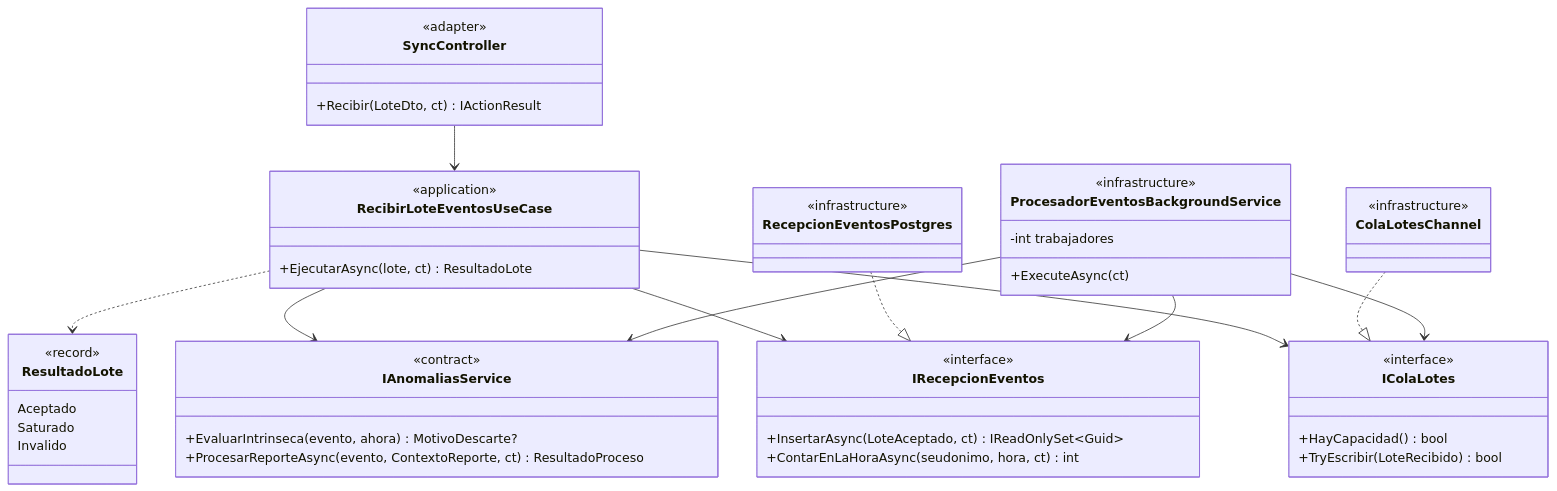
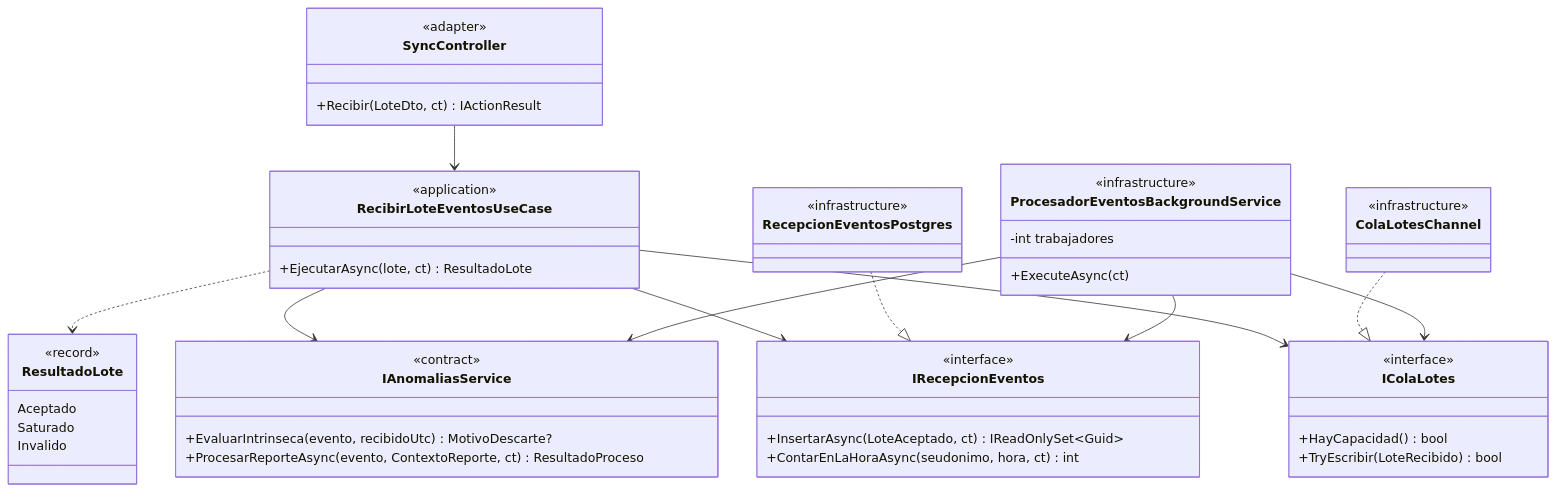
Before and after one commit to Crisso29/KillaUru_Sprint01: the third of 6 diagrams in docs/04-modelo-C4/Nivel4-diagrama-de-codigo.md, drawn with Mermaid. The commit also changed other lines of this file and 443 other files, not shown here.

````diff
--- a/docs/04-modelo-C4/Nivel4-diagrama-de-codigo.md
+++ b/docs/04-modelo-C4/Nivel4-diagrama-de-codigo.md
@@ -108,54 +110,54 @@
 ```mermaid
 classDiagram
     class SyncController {
         <<adapter>>
         +Recibir(LoteDto, ct) IActionResult
     }
     class RecibirLoteEventosUseCase {
         <<application>>
         +EjecutarAsync(lote, ct) ResultadoLote
     }
     class IRecepcionEventos {
         <<interface>>
         +InsertarAsync(LoteAceptado, ct) IReadOnlySet~Guid~
         +ContarEnLaHoraAsync(seudonimo, hora, ct) int
     }
     class IColaLotes {
         <<interface>>
         +HayCapacidad() bool
         +TryEscribir(LoteRecibido) bool
     }
     class RecepcionEventosPostgres {
         <<infrastructure>>
     }
     class ColaLotesChannel {
         <<infrastructure>>
     }
     class ProcesadorEventosBackgroundService {
         <<infrastructure>>
         -int trabajadores
         +ExecuteAsync(ct)
     }
     class ResultadoLote {
         <<record>>
         Aceptado
         Saturado
         Invalido
     }
     class IAnomaliasService {
         <<contract>>
-        +EvaluarIntrinseca(evento, ahora) MotivoDescarte?
+        +EvaluarIntrinseca(evento, recibidoUtc) MotivoDescarte?
         +ProcesarReporteAsync(evento, ContextoReporte, ct) ResultadoProceso
     }
 
     SyncController --> RecibirLoteEventosUseCase
     RecibirLoteEventosUseCase --> IRecepcionEventos
     RecibirLoteEventosUseCase --> IColaLotes
     RecibirLoteEventosUseCase --> IAnomaliasService
     RecibirLoteEventosUseCase ..> ResultadoLote
     RecepcionEventosPostgres ..|> IRecepcionEventos
     ColaLotesChannel ..|> IColaLotes
     ProcesadorEventosBackgroundService --> IColaLotes
     ProcesadorEventosBackgroundService --> IRecepcionEventos
     ProcesadorEventosBackgroundService --> IAnomaliasService
 ```
````
